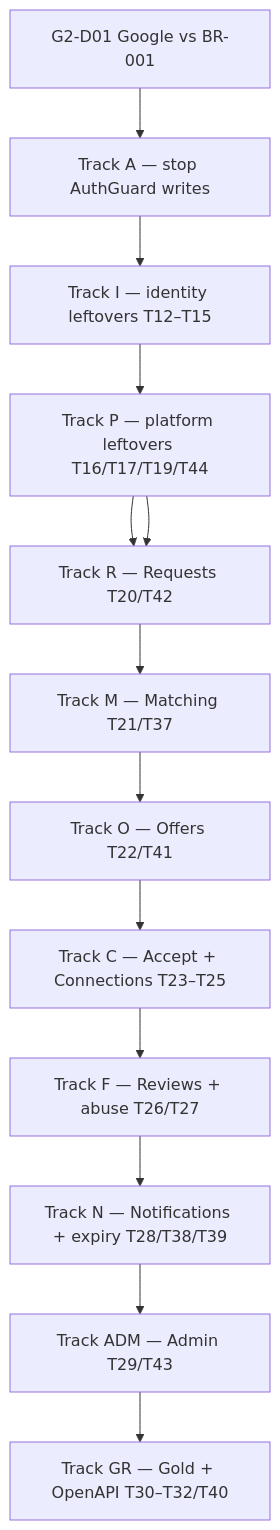
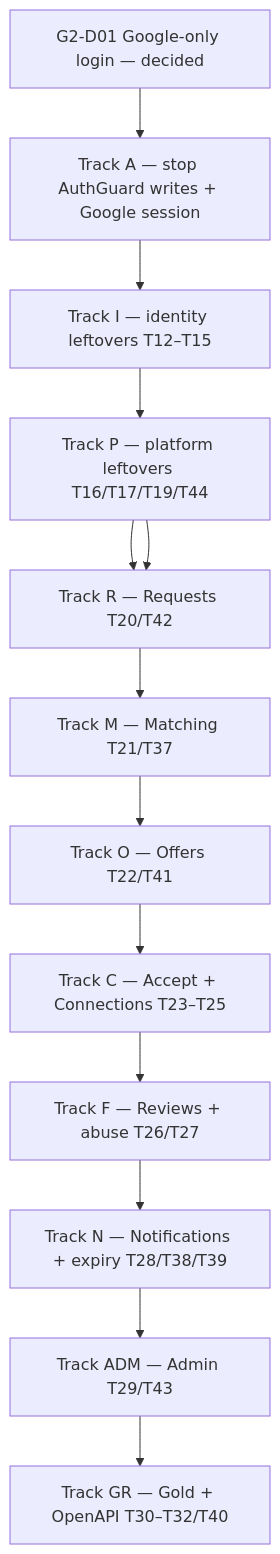
The diagram in docs/Backend-Gap-Tasks.md (shabibmr/karat-hive), drawn with Mermaid before and after one commit. The commit also changed other lines of this file and 3 other files, not shown here.

First line of the commit message:
docs: record Google-only login and matching product choices

````diff
--- a/docs/Backend-Gap-Tasks.md
+++ b/docs/Backend-Gap-Tasks.md
@@ -25,18 +25,18 @@
 ```mermaid
 flowchart TD
-  D["G2-D01 Google vs BR-001"]
-  A["Track A — stop AuthGuard writes"]
+  D["G2-D01 Google-only login — decided"]
+  A["Track A — stop AuthGuard writes + Google session"]
   I["Track I — identity leftovers T12–T15"]
   P["Track P — platform leftovers T16/T17/T19/T44"]
   R["Track R — Requests T20/T42"]
   M["Track M — Matching T21/T37"]
   O["Track O — Offers T22/T41"]
   C["Track C — Accept + Connections T23–T25"]
   F["Track F — Reviews + abuse T26/T27"]
   N["Track N — Notifications + expiry T28/T38/T39"]
   ADM["Track ADM — Admin T29/T43"]
   GR["Track GR — Gold + OpenAPI T30–T32/T40"]
   D --> A --> I --> P --> R --> M --> O --> C
   C --> F --> N --> ADM --> GR
   P --> R
 ```
````
